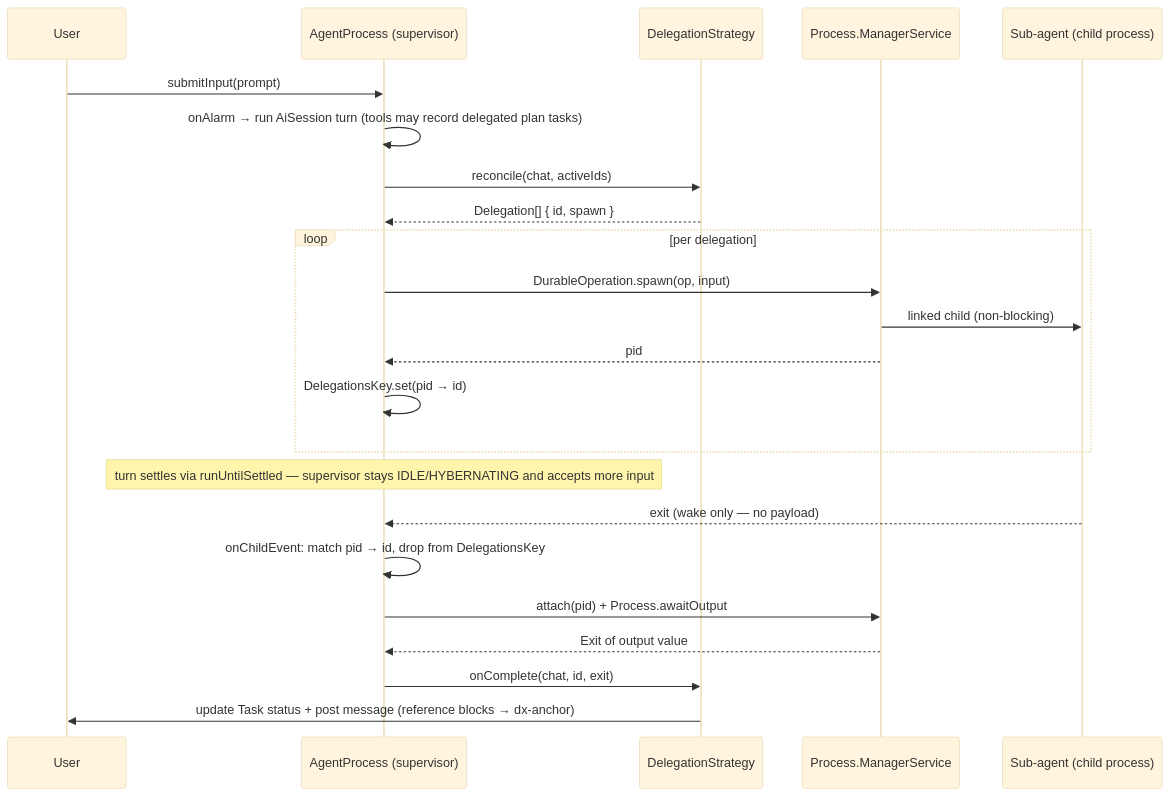
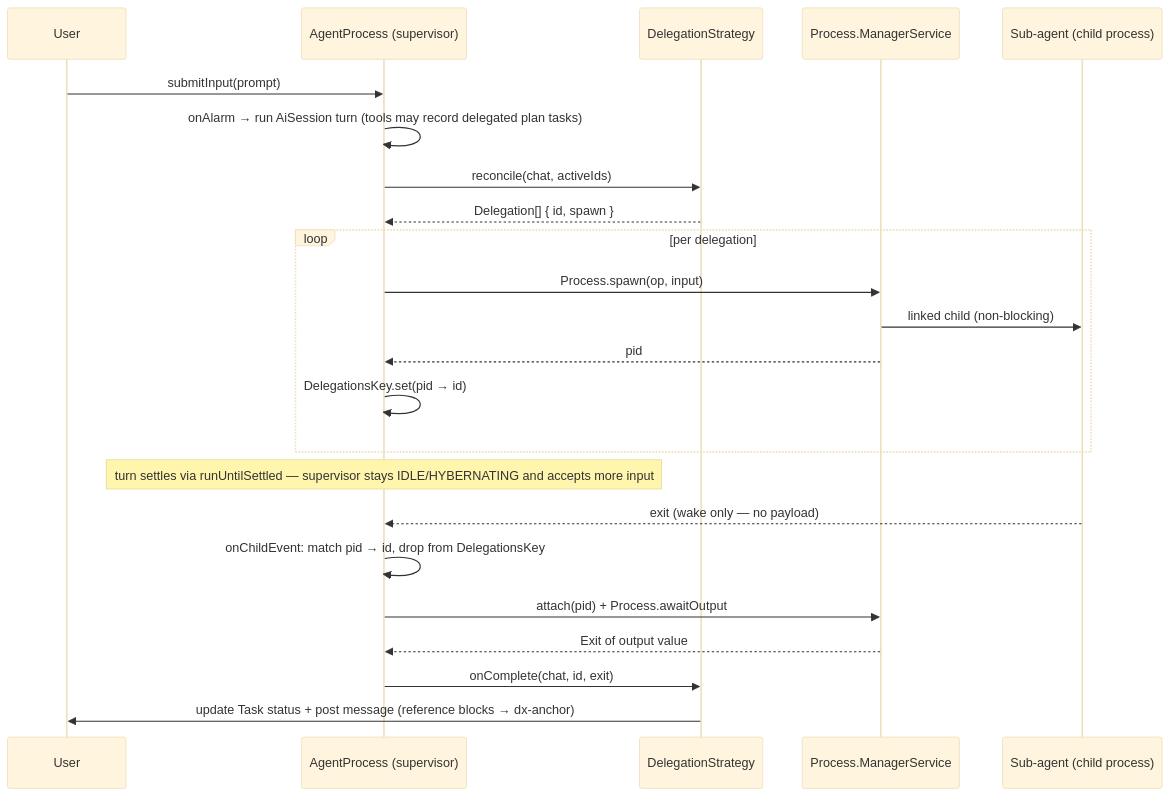
One commit to dxos/dxos changed the second of 2 diagrams in packages/core/compute/agent-runtime/src/agent-service/README.md. Above: the diagram before and after it, drawn with Mermaid (base theme). The commit also changed other lines of this file and 13 other files, not shown here.

First line of the commit message:
compute: move spawn to Process.spawn

````diff
--- a/packages/core/compute/agent-runtime/src/agent-service/README.md
+++ b/packages/core/compute/agent-runtime/src/agent-service/README.md
@@ -57,27 +57,27 @@
 ```mermaid
 sequenceDiagram
   participant U as User
   participant AP as AgentProcess (supervisor)
   participant ST as DelegationStrategy
   participant POI as Process.ManagerService
   participant CH as Sub-agent (child process)
 
   U->>AP: submitInput(prompt)
   AP->>AP: onAlarm → run AiSession turn (tools may record delegated plan tasks)
   AP->>ST: reconcile(chat, activeIds)
   ST-->>AP: Delegation[] { id, spawn }
   loop per delegation
-    AP->>POI: DurableOperation.spawn(op, input)
+    AP->>POI: Process.spawn(op, input)
     POI->>CH: linked child (non-blocking)
     POI-->>AP: pid
     AP->>AP: DelegationsKey.set(pid → id)
   end
   Note over AP: turn settles via runUntilSettled — supervisor stays IDLE/HYBERNATING and accepts more input
 
   CH-->>AP: exit (wake only — no payload)
   AP->>AP: onChildEvent: match pid → id, drop from DelegationsKey
   AP->>POI: attach(pid) + Process.awaitOutput
   POI-->>AP: Exit of output value
   AP->>ST: onComplete(chat, id, exit)
   ST->>U: update Task status + post message (reference blocks → dx-anchor)
 ```
````
